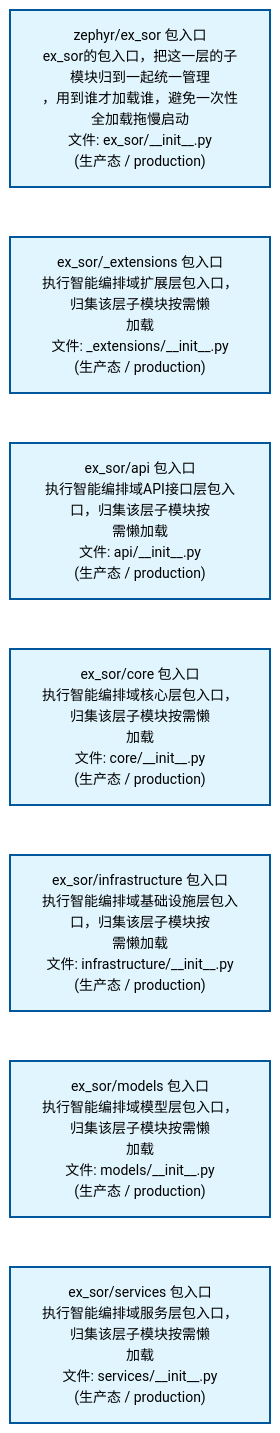
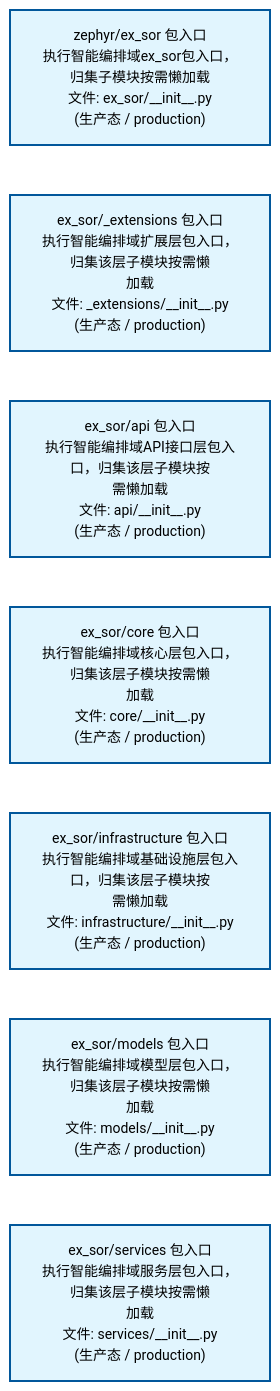
Before and after one commit to xuanFelixVan/ZephyrAlpha: the second of 4 diagrams in docs/02_enterprise_architecture/02_domain_architecture_docs/45_d_ex_sor.md, drawn with Mermaid. The commit also changed other lines of this file and 60 other files, not shown here.

````diff
--- a/docs/02_enterprise_architecture/02_domain_architecture_docs/45_d_ex_sor.md
+++ b/docs/02_enterprise_architecture/02_domain_architecture_docs/45_d_ex_sor.md
@@ -111,22 +111,22 @@
 ```mermaid
 %%{init: {'theme': 'base', 'themeVariables': {'primaryColor': '#eaeaea', 'primaryTextColor': '#333333', 'primaryBorderColor': '#666666', 'lineColor': '#666666', 'secondaryColor': '#eaeaea', 'tertiaryColor': '#eaeaea', 'fontSize': '14px'}}}%%
 flowchart TD
-    src_zephyr_ex_sor_init_py["zephyr/ex_sor 包入口<br/>ex_sor的包入口，把这一层的子模块归到一起统一管理<br/>，用到谁才加载谁，避免一次性全加载拖慢启动<br/>文件: ex_sor/__init__.py<br/>(生产态 / production)"]
+    src_zephyr_ex_sor_init_py["zephyr/ex_sor 包入口<br/>执行智能编排域ex_sor包入口，归集子模块按需懒加载<br/>文件: ex_sor/__init__.py<br/>(生产态 / production)"]
     src_zephyr_ex_sor_extensions_init_py["ex_sor/_extensions 包入口<br/>执行智能编排域扩展层包入口，归集该层子模块按需懒<br/>加载<br/>文件: _extensions/__init__.py<br/>(生产态 / production)"]
     src_zephyr_ex_sor_api_init_py["ex_sor/api 包入口<br/>执行智能编排域API接口层包入口，归集该层子模块按<br/>需懒加载<br/>文件: api/__init__.py<br/>(生产态 / production)"]
     src_zephyr_ex_sor_core_init_py["ex_sor/core 包入口<br/>执行智能编排域核心层包入口，归集该层子模块按需懒<br/>加载<br/>文件: core/__init__.py<br/>(生产态 / production)"]
     src_zephyr_ex_sor_infrastructure_init_py["ex_sor/infrastructure 包入口<br/>执行智能编排域基础设施层包入口，归集该层子模块按<br/>需懒加载<br/>文件: infrastructure/__init__.py<br/>(生产态 / production)"]
     src_zephyr_ex_sor_models_init_py["ex_sor/models 包入口<br/>执行智能编排域模型层包入口，归集该层子模块按需懒<br/>加载<br/>文件: models/__init__.py<br/>(生产态 / production)"]
     src_zephyr_ex_sor_services_init_py["ex_sor/services 包入口<br/>执行智能编排域服务层包入口，归集该层子模块按需懒<br/>加载<br/>文件: services/__init__.py<br/>(生产态 / production)"]
     src_zephyr_ex_sor_init_py ~~~ src_zephyr_ex_sor_extensions_init_py
     src_zephyr_ex_sor_extensions_init_py ~~~ src_zephyr_ex_sor_api_init_py
     src_zephyr_ex_sor_api_init_py ~~~ src_zephyr_ex_sor_core_init_py
     src_zephyr_ex_sor_core_init_py ~~~ src_zephyr_ex_sor_infrastructure_init_py
     src_zephyr_ex_sor_infrastructure_init_py ~~~ src_zephyr_ex_sor_models_init_py
     src_zephyr_ex_sor_models_init_py ~~~ src_zephyr_ex_sor_services_init_py
     classDef production fill:#e1f5fe,stroke:#01579b,stroke-width:2px,color:#000
     classDef design fill:#fff3e0,stroke:#e65100,stroke-width:2px,color:#000,stroke-dasharray: 5 5
     classDef external_prod fill:#e8f4fd,stroke:#0277bd,stroke-width:1px,color:#000
     classDef external_design fill:#fff8e7,stroke:#ef6c00,stroke-width:1px,color:#000,stroke-dasharray: 5 5
     class src_zephyr_ex_sor_init_py,src_zephyr_ex_sor_extensions_init_py,src_zephyr_ex_sor_api_init_py,src_zephyr_ex_sor_core_init_py,src_zephyr_ex_sor_infrastructure_init_py,src_zephyr_ex_sor_models_init_py,src_zephyr_ex_sor_services_init_py production
 ```
````
